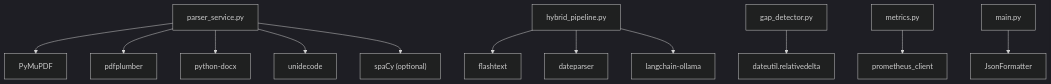
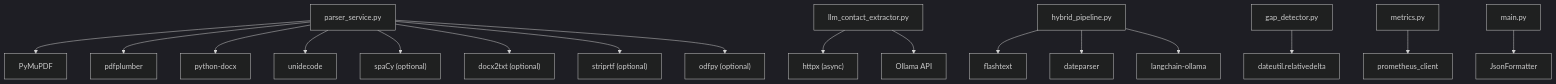
One commit to Revanththetalogics/aireume changed diagram 18 of 18 in .qoder/repowiki/en/content/Analysis Engine/Parser Service.md. Above: the diagram before and after it, drawn with Mermaid (dark theme). The commit also changed other lines of this file and 20 other files, not shown here.

````diff
--- a/.qoder/repowiki/en/content/Analysis Engine/Parser Service.md
+++ b/.qoder/repowiki/en/content/Analysis Engine/Parser Service.md
@@ -470,14 +785,19 @@
 ```mermaid
 graph TB
 P["parser_service.py"] --> PM["PyMuPDF"]
 P --> PP["pdfplumber"]
 P --> WD["python-docx"]
 P --> UD["unidecode"]
 P --> SPACY["spaCy (optional)"]
+P --> DOCX2TXT["docx2txt (optional)"]
+P --> STRIPRTF["striprtf (optional)"]
+P --> ODFPY["odfpy (optional)"]
+LE["llm_contact_extractor.py"] --> HTTPX["httpx (async)"]
+LE --> OLLAMA["Ollama API"]
 HP["hybrid_pipeline.py"] --> FT["flashtext"]
 HP --> DP["dateparser"]
 HP --> LC["langchain-ollama"]
 GD["gap_detector.py"] --> DU["dateutil.relativedelta"]
 METRICS["metrics.py"] --> PC["prometheus_client"]
 MAIN["main.py"] --> JF["JsonFormatter"]
 ```
````
